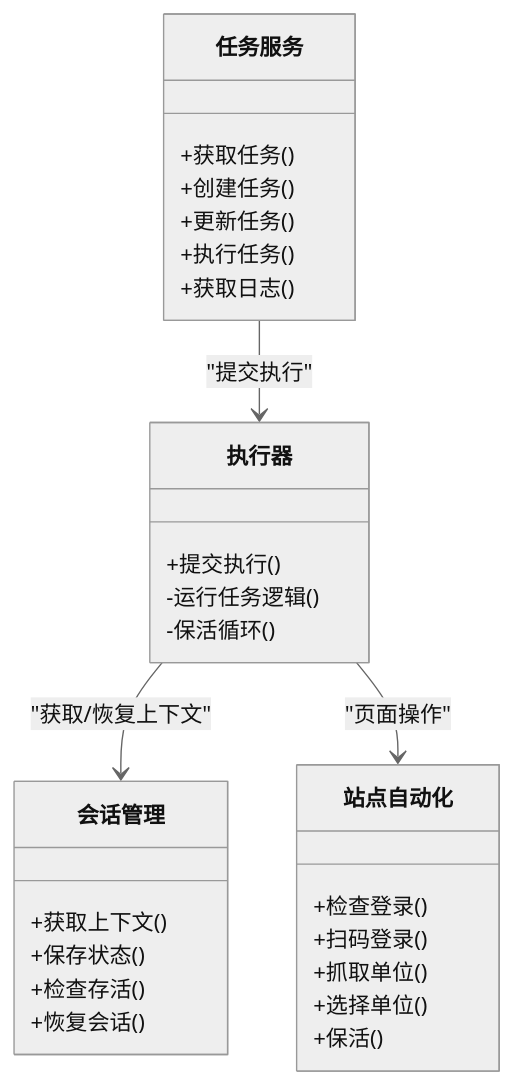
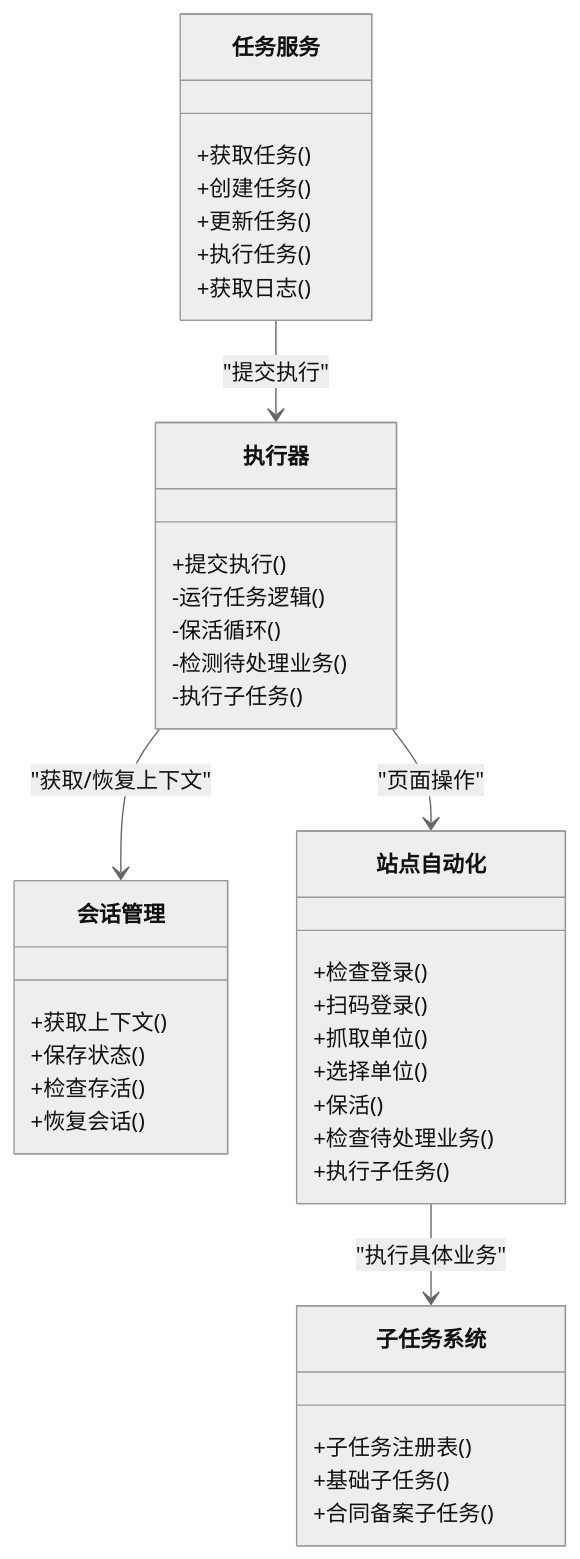
The eighth of 10 diagrams in .qoder/repowiki/zh/content/后端服务架构/任务管理系统.md (onebody/ccclubs_AI_RPA), drawn with Mermaid (neutral theme) before and after one commit. The commit also changed other lines of this file and 50 other files, not shown here.

````diff
--- a/.qoder/repowiki/zh/content/后端服务架构/任务管理系统.md
+++ b/.qoder/repowiki/zh/content/后端服务架构/任务管理系统.md
@@ -234,31 +409,41 @@
 ```mermaid
 classDiagram
 class 任务服务 {
 +获取任务()
 +创建任务()
 +更新任务()
 +执行任务()
 +获取日志()
 }
 class 执行器 {
 +提交执行()
 -运行任务逻辑()
 -保活循环()
+-检测待处理业务()
+-执行子任务()
 }
 class 会话管理 {
 +获取上下文()
 +保存状态()
 +检查存活()
 +恢复会话()
 }
 class 站点自动化 {
 +检查登录()
 +扫码登录()
 +抓取单位()
 +选择单位()
 +保活()
++检查待处理业务()
++执行子任务()
+}
+class 子任务系统 {
++子任务注册表()
++基础子任务()
++合同备案子任务()
 }
 任务服务 --> 执行器 : "提交执行"
 执行器 --> 会话管理 : "获取/恢复上下文"
 执行器 --> 站点自动化 : "页面操作"
+站点自动化 --> 子任务系统 : "执行具体业务"
 ```
````
